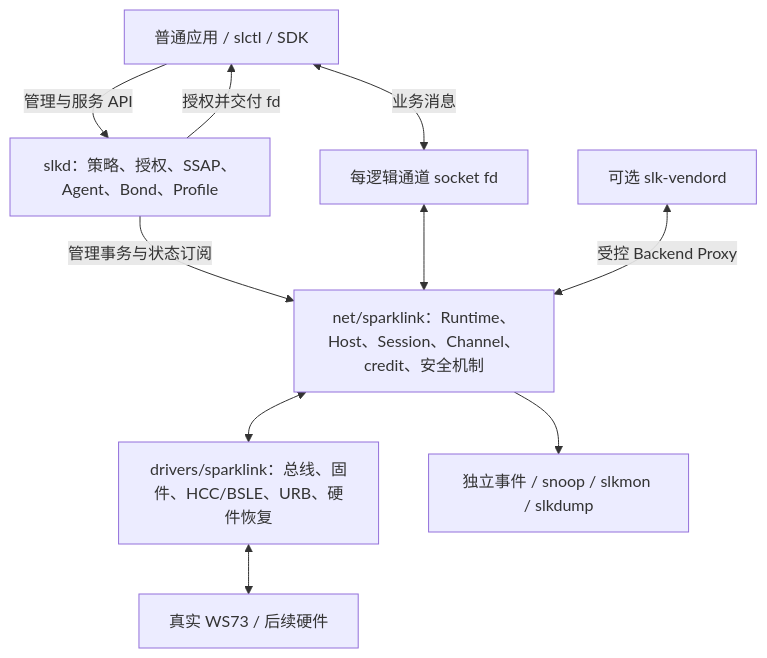
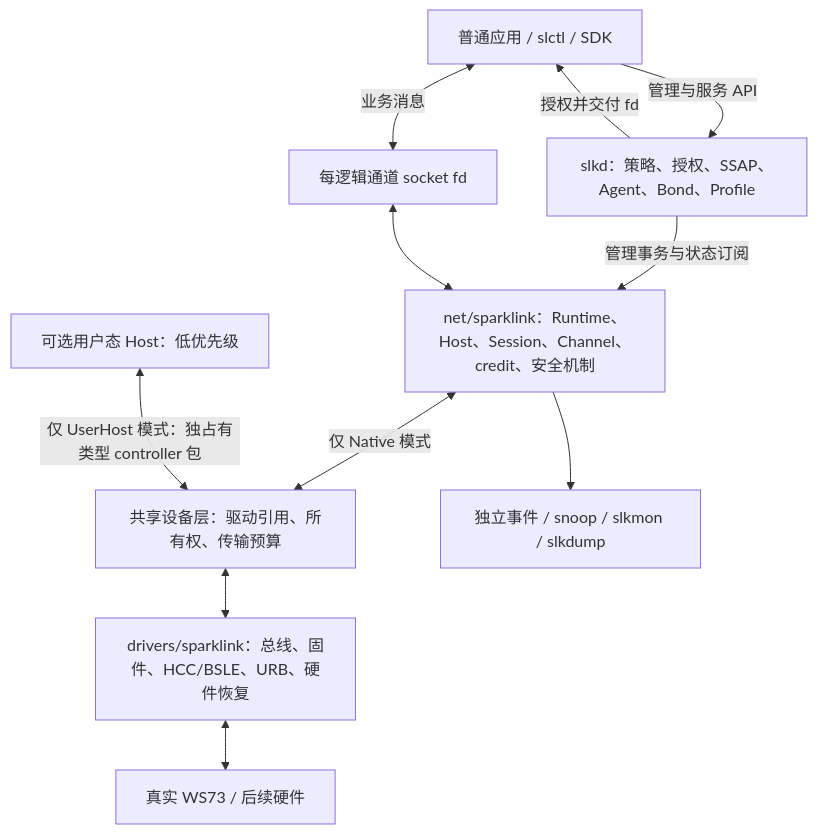
One commit to OpenSparklink/sparklink changed the diagram in docs/ARCHITECTURE.md. Above: the diagram before and after it, drawn with Mermaid. The commit also changed other lines of this file and 8 other files, not shown here.

First line of the commit message:
docs(sparklink): defer optional exclusive UserHost instead of fixed vendor Proxy

````diff
--- a/docs/ARCHITECTURE.md
+++ b/docs/ARCHITECTURE.md
@@ -179,20 +180,22 @@
 ```mermaid
 flowchart TB
     App[普通应用 / slctl / SDK]
     Daemon[slkd：策略、授权、SSAP、Agent、Bond、Profile]
     Sock[每逻辑通道 socket fd]
     Core[net/sparklink：Runtime、Host、Session、Channel、credit、安全机制]
     Driver[drivers/sparklink：总线、固件、HCC/BSLE、URB、硬件恢复]
     Hw[真实 WS73 / 后续硬件]
-    Vendor[可选 slk-vendord]
+    User[可选用户态 Host：低优先级]
+    Device[共享设备层：驱动引用、所有权、传输预算]
     Observe[独立事件 / snoop / slkmon / slkdump]
     App -->|管理与服务 API| Daemon
     Daemon -->|管理事务与状态订阅| Core
     Daemon -->|授权并交付 fd| App
     App <-->|业务消息| Sock
     Sock <--> Core
-    Core <--> Driver
+    Core <-->|仅 Native 模式| Device
+    Device <--> Driver
     Driver <--> Hw
-    Vendor <-->|受控 Backend Proxy| Core
+    User <-->|仅 UserHost 模式：独占有类型 controller 包| Device
     Core --> Observe
 ```
````
